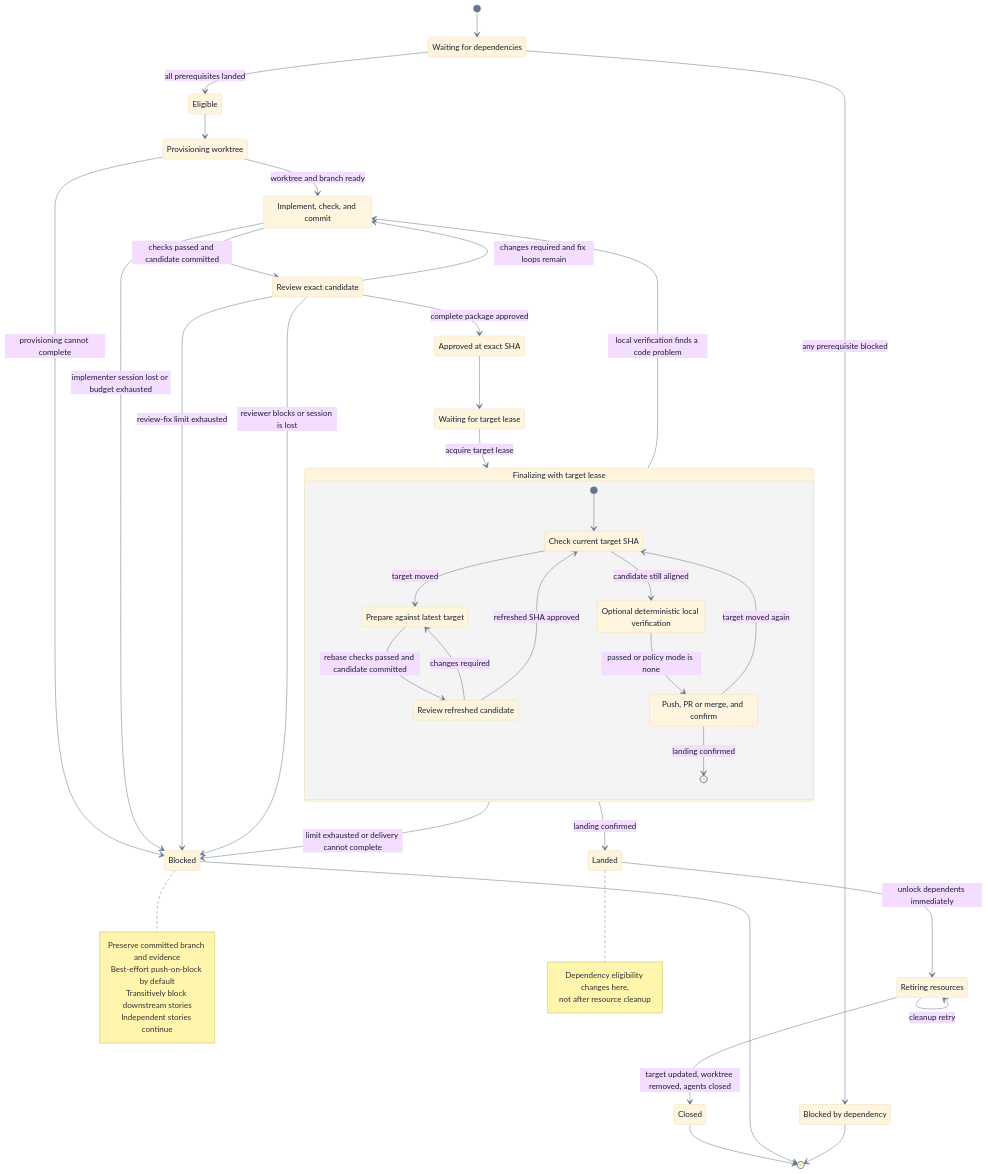
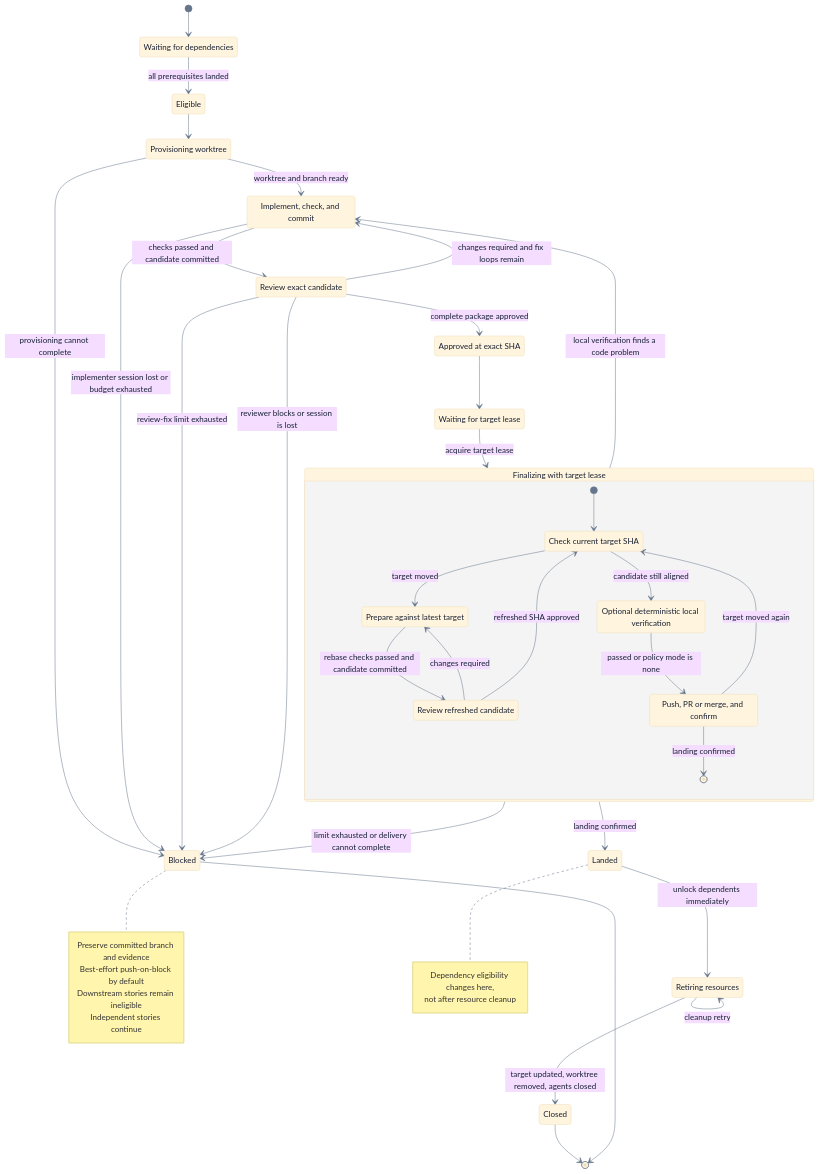
The diagram in docs/design/deterministic-story-orchestration/story-execution.md (agentic-workflow-kit/jig), drawn with Mermaid before and after one commit. The commit also changed other lines of this file and 5 other files, not shown here.

````diff
--- a/docs/design/deterministic-story-orchestration/story-execution.md
+++ b/docs/design/deterministic-story-orchestration/story-execution.md
@@ -27,10 +28,8 @@
     state "Retiring resources" as Retiring
     state "Closed" as Closed
     state "Blocked" as Blocked
-    state "Blocked by dependency" as BlockedByDependency
 
     Waiting --> Eligible: all prerequisites landed
-    Waiting --> BlockedByDependency: any prerequisite blocked
 
     Eligible --> Provisioning
     Provisioning --> Implementing: worktree and branch ready
@@ -76,12 +75,11 @@
 
     Closed --> [*]
     Blocked --> [*]
-    BlockedByDependency --> [*]
 
     note right of Blocked
         Preserve committed branch and evidence
         Best-effort push-on-block by default
-        Transitively block downstream stories
+        Downstream stories remain ineligible
         Independent stories continue
     end note
 
@@ -97,5 +95,5 @@
     class Waiting,Eligible,FinalizationQueue waiting;
     class Provisioning,Implementing,Reviewing,Approved,Finalizing,Retiring active;
     class Landed,Closed complete;
-    class Blocked,BlockedByDependency stopped;
+    class Blocked stopped;
 ```
````
